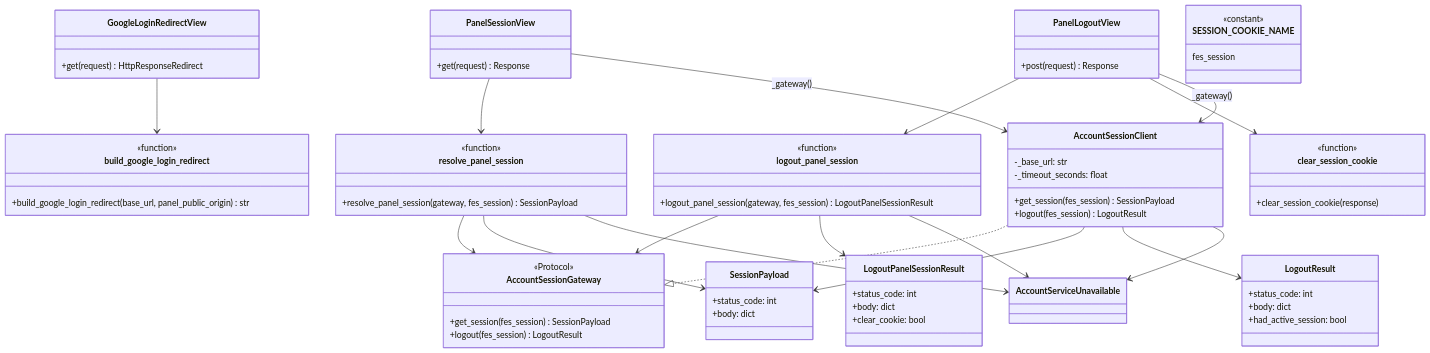
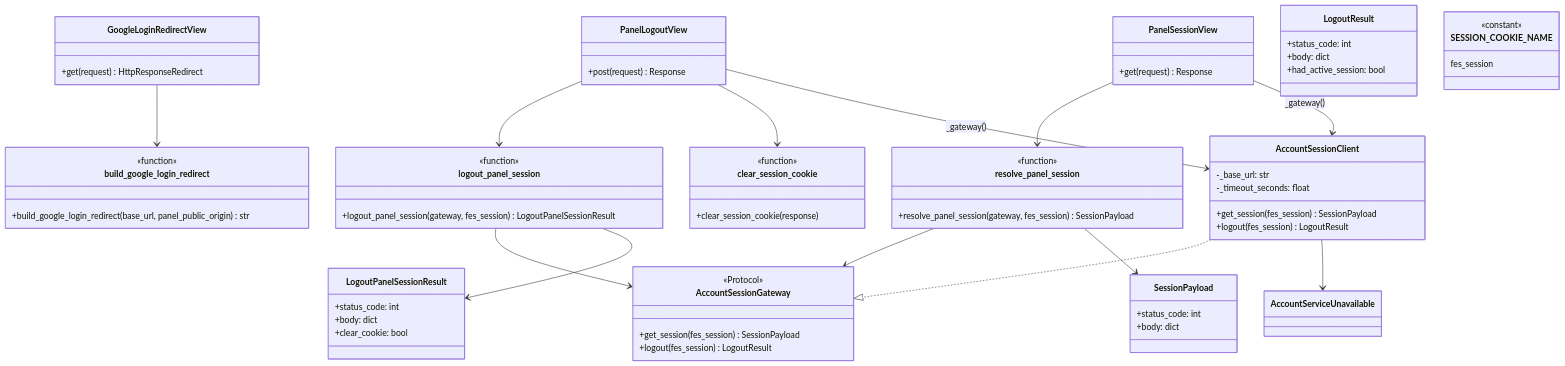
The second of 5 diagrams in specs/001-feat-panel-session-login/uml.md (Dariosoft/fes-panel-api), drawn with Mermaid before and after one commit. The commit also changed other lines of this file, not shown here.

Commit message:
Simplify panel session UML relationships

````diff
--- a/specs/001-feat-panel-session-login/uml.md
+++ b/specs/001-feat-panel-session-login/uml.md
@@ -182,11 +184,7 @@
   resolve_panel_session --> AccountSessionGateway
   logout_panel_session --> AccountSessionGateway
   AccountSessionClient ..|> AccountSessionGateway
-  AccountSessionClient --> SessionPayload
-  AccountSessionClient --> LogoutResult
   resolve_panel_session --> SessionPayload
   logout_panel_session --> LogoutPanelSessionResult
-  resolve_panel_session --> AccountServiceUnavailable
-  logout_panel_session --> AccountServiceUnavailable
   AccountSessionClient --> AccountServiceUnavailable
 ```
````
